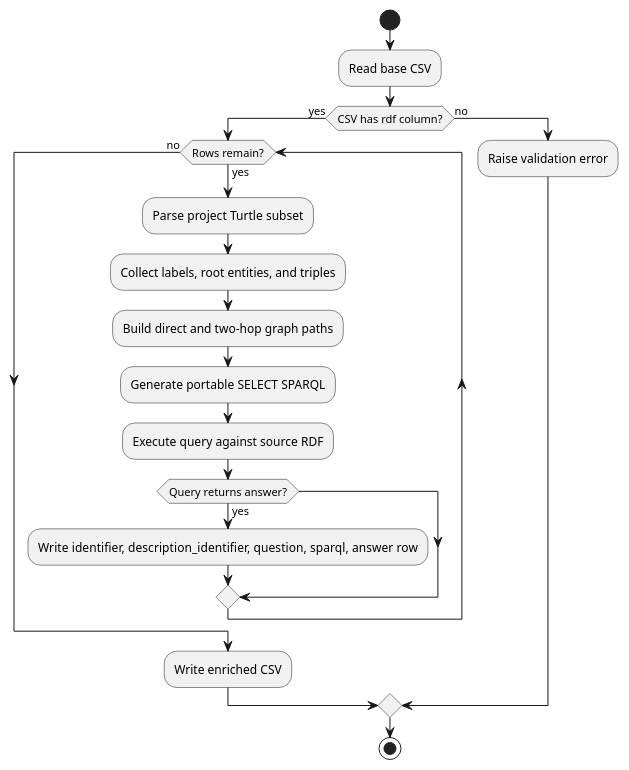
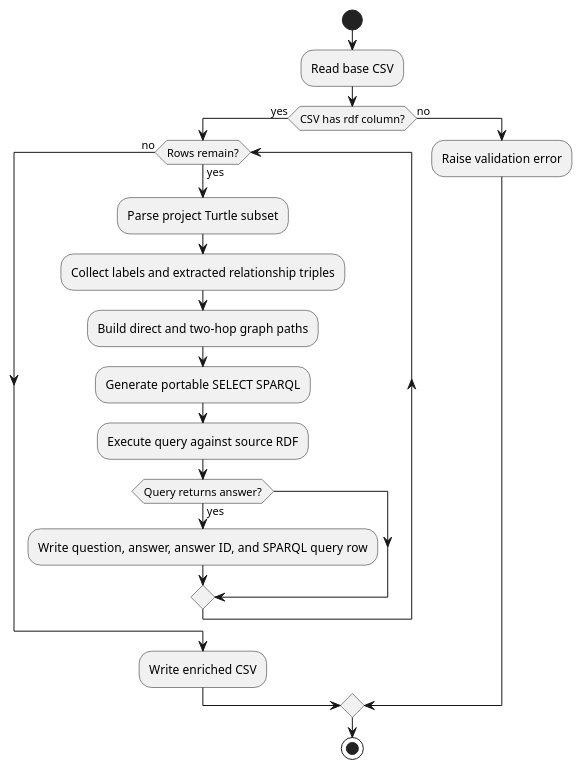
Before and after one commit to giovannabbottino/kg-dataset: the diagram in enrich/README.md, drawn with PlantUML. The commit also changed other lines of this file and 17 other files, not shown here.

````diff
--- a/enrich/README.md
+++ b/enrich/README.md
@@ -56,22 +64,22 @@
 ```plantuml
 @startuml
 start
 :Read base CSV;
 if (CSV has rdf column?) then (yes)
   while (Rows remain?) is (yes)
     :Parse project Turtle subset;
-    :Collect labels, root entities, and triples;
+    :Collect labels and extracted relationship triples;
     :Build direct and two-hop graph paths;
     :Generate portable SELECT SPARQL;
     :Execute query against source RDF;
     if (Query returns answer?) then (yes)
-    :Write identifier, description_identifier, question, sparql, answer row;
+    :Write question, answer, answer ID, and SPARQL query row;
     endif
   endwhile (no)
   :Write enriched CSV;
 else (no)
   :Raise validation error;
 endif
 stop
 @enduml
 ```
````
